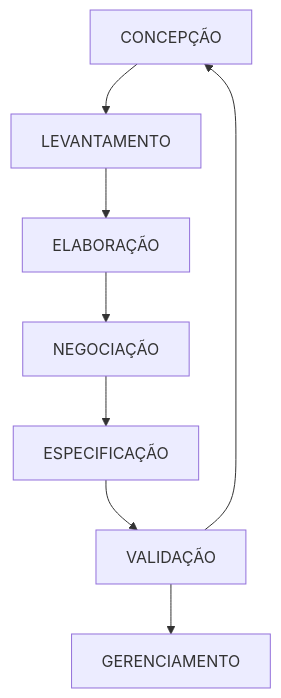
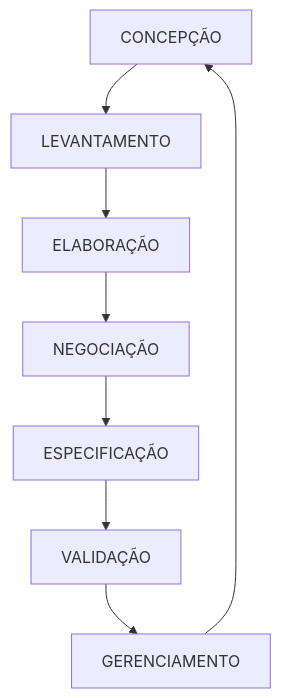
One commit to ericmds/3-Semestre changed the diagram in Engenharia e Requisitos de Software/Aula 02.04.25.md. Above: the diagram before and after it, drawn with Mermaid.

Commit message:
Update Aula 02.04.25.md

````diff
--- a/Engenharia e Requisitos de Software/Aula 02.04.25.md
+++ b/Engenharia e Requisitos de Software/Aula 02.04.25.md
@@ -2,10 +2,10 @@
   ```mermaid
   graph TD;
     CONCEPÇÃO-->LEVANTAMENTO
     LEVANTAMENTO-->ELABORAÇÃO
     ELABORAÇÃO-->NEGOCIAÇÃO
     NEGOCIAÇÃO-->ESPECIFICAÇÃO
     ESPECIFICAÇÃO-->VALIDAÇÃO
     VALIDAÇÃO-->GERENCIAMENTO
-    VALIDAÇÃO-->CONCEPÇÃO
+    GERENCIAMENTO-->CONCEPÇÃO
   ```
````
